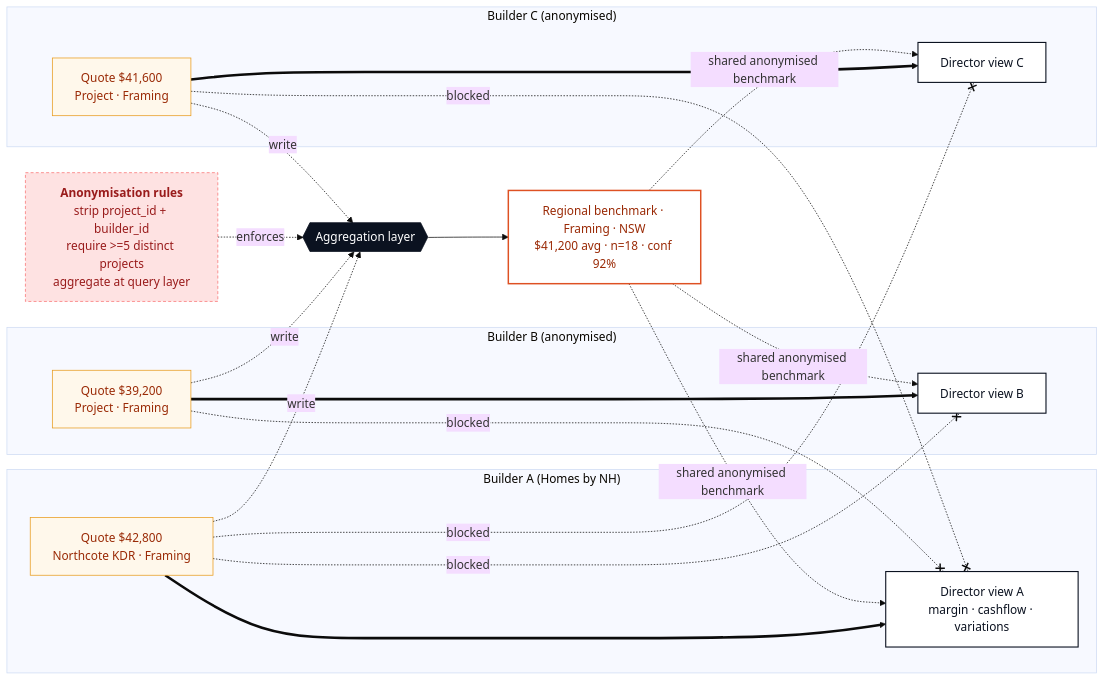
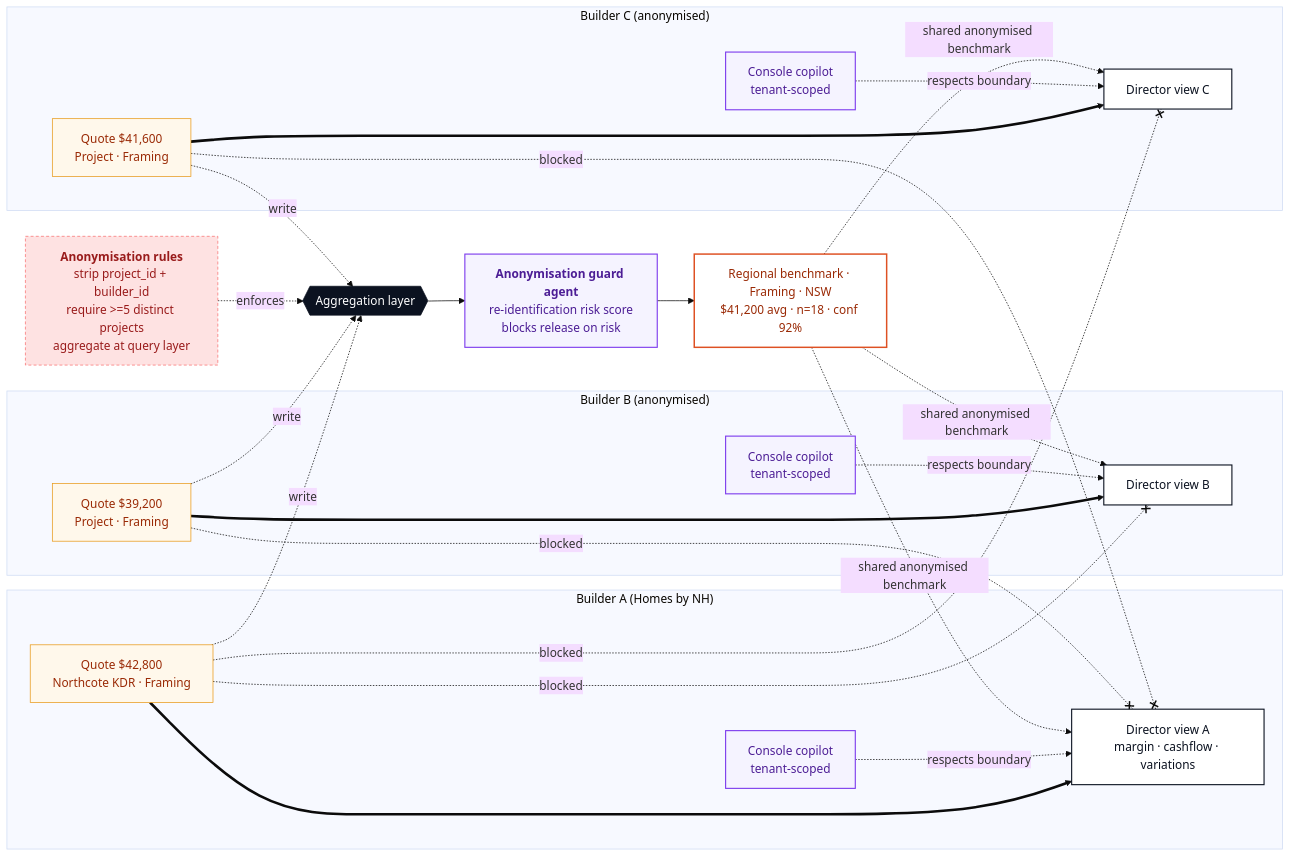
One commit to staceopsguy/buildhawk-site changed the third of 3 diagrams in src/app/command-centre/architecture/diagrams.md. Above: the diagram before and after it, drawn with Mermaid (base theme). The commit also changed other lines of this file and 1 other file, not shown here.

First line of the commit message:
Architecture page: add agent layer to all three diagrams

````diff
--- a/src/app/command-centre/architecture/diagrams.md
+++ b/src/app/command-centre/architecture/diagrams.md
@@ -125,45 +179,55 @@
 ```mermaid
 graph LR
   classDef tenant fill:#fff,stroke:#0B1220,stroke-width:1.5px,color:#0B1220
   classDef raw fill:#FFF8EB,stroke:#E89A1A,color:#9A2A06
+  classDef agent fill:#F5F3FF,stroke:#7C3AED,stroke-width:1.5px,color:#4C1D95
   classDef agg fill:#0B1220,stroke:#0B1220,color:#fff
   classDef pub fill:#fff,stroke:#DE5123,stroke-width:2px,color:#9A2A06
   classDef rule fill:#FEE2E2,stroke:#F87171,color:#991B1B,stroke-dasharray:4 3
 
   subgraph TA[" Builder A (Homes by NH) "]
     A1["Quote $42,800<br/>Northcote KDR · Framing"]:::raw
     A2["Director view A<br/>margin · cashflow · variations"]:::tenant
+    APA["Console copilot<br/>tenant-scoped"]:::agent
   end
   subgraph TB[" Builder B (anonymised) "]
     B1["Quote $39,200<br/>Project · Framing"]:::raw
     B2["Director view B"]:::tenant
+    APB["Console copilot<br/>tenant-scoped"]:::agent
   end
   subgraph TC[" Builder C (anonymised) "]
     C1["Quote $41,600<br/>Project · Framing"]:::raw
     C2["Director view C"]:::tenant
+    APC["Console copilot<br/>tenant-scoped"]:::agent
   end
 
   RULE["<b>Anonymisation rules</b><br/>strip project_id + builder_id<br/>require >=5 distinct projects<br/>aggregate at query layer"]:::rule
+  GUARD["<b>Anonymisation guard agent</b><br/>re-identification risk score<br/>blocks release on risk"]:::agent
 
   AGG{{"Aggregation layer"}}:::agg
   PUB["Regional benchmark · Framing · NSW<br/>$41,200 avg · n=18 · conf 92%"]:::pub
 
   A1 -. write .-> AGG
   B1 -. write .-> AGG
   C1 -. write .-> AGG
   RULE -. enforces .-> AGG
-  AGG --> PUB
+  AGG --> GUARD
+  GUARD --> PUB
 
   A1 ==> A2
   B1 ==> B2
   C1 ==> C2
+
+  APA -. respects boundary .-> A2
+  APB -. respects boundary .-> B2
+  APC -. respects boundary .-> C2
 
   PUB -. shared anonymised benchmark .-> A2
   PUB -. shared anonymised benchmark .-> B2
   PUB -. shared anonymised benchmark .-> C2
 
   A1 -. blocked .-x B2
   A1 -. blocked .-x C2
   B1 -. blocked .-x A2
   C1 -. blocked .-x A2
 ```
````
